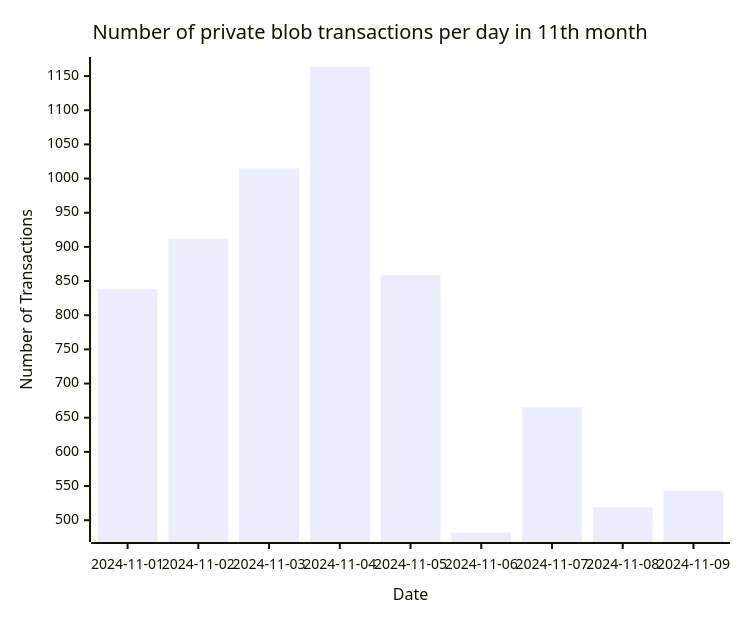
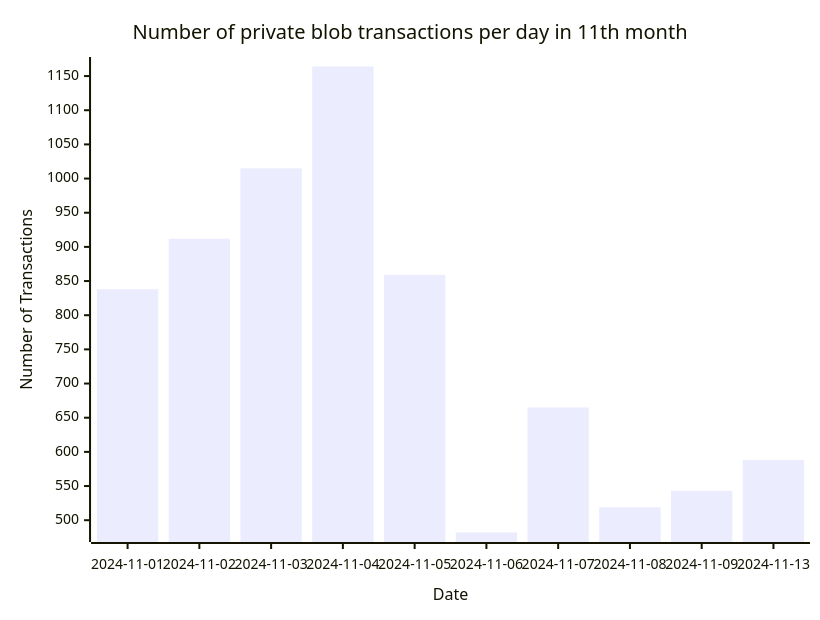
Before and after one commit to Amit0617/eip4844-data: the ninth of 9 diagrams in README.md, drawn with Mermaid. The commit also changed 1 other file, not shown here.

````diff
--- a/README.md
+++ b/README.md
@@ -105,12 +105,12 @@
 ```mermaid
 ---
 config:
     xyChart:
-        width: 720
+        width: 800
         height: 600
 ---
 xychart-beta title "Number of private blob transactions per day in 11th month"
-x-axis "Date" [2024-11-01,2024-11-02,2024-11-03,2024-11-04,2024-11-05,2024-11-06,2024-11-07,2024-11-08,2024-11-09]
+x-axis "Date" [2024-11-01,2024-11-02,2024-11-03,2024-11-04,2024-11-05,2024-11-06,2024-11-07,2024-11-08,2024-11-09,2024-11-13]
 y-axis "Number of Transactions"
-bar[838,912,1015,1164,859,482,665,519,543]
+bar[838,912,1015,1164,859,482,665,519,543,588]
 ```
````
